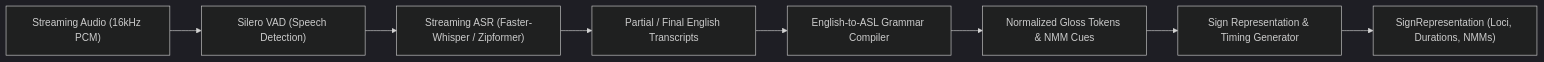
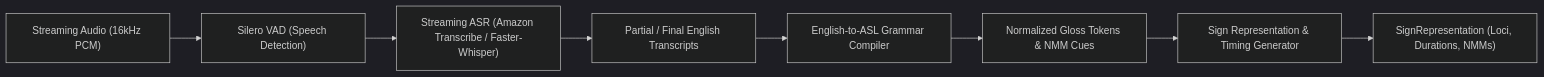
Before and after one commit to Parth06102006/converse: the first of 3 diagrams in docs/milestones/ashwani/milestones.md, drawn with Mermaid (dark theme). The commit also changed other lines of this file and 3 other files, not shown here.

Commit message:
docs(asr): document Amazon Transcribe setup, master contracts, and ADR-007

````diff
--- a/docs/milestones/ashwani/milestones.md
+++ b/docs/milestones/ashwani/milestones.md
@@ -18,10 +18,10 @@
 ```mermaid
 flowchart LR
     Audio["Streaming Audio (16kHz PCM)"] --> VAD["Silero VAD (Speech Detection)"]
-    VAD --> ASR["Streaming ASR (Faster-Whisper / Zipformer)"]
+    VAD --> ASR["Streaming ASR (Amazon Transcribe / Faster-Whisper)"]
     ASR --> Transcripts["Partial / Final English Transcripts"]
     Transcripts --> Grammar["English-to-ASL Grammar Compiler"]
     Grammar --> Tokens["Normalized Gloss Tokens & NMM Cues"]
     Tokens --> Timing["Sign Representation & Timing Generator"]
     Timing --> Output["SignRepresentation (Loci, Durations, NMMs)"]
 ```
````
